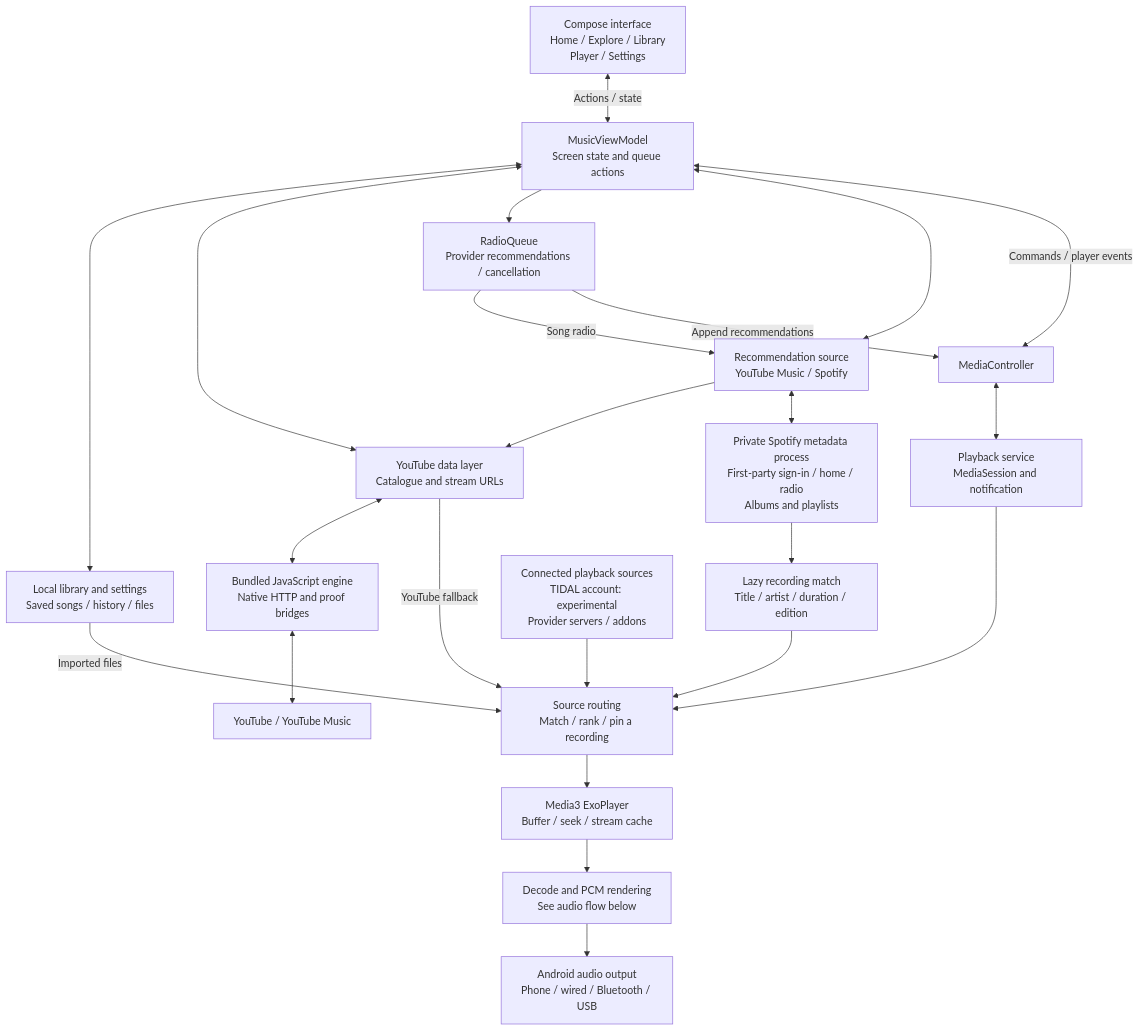
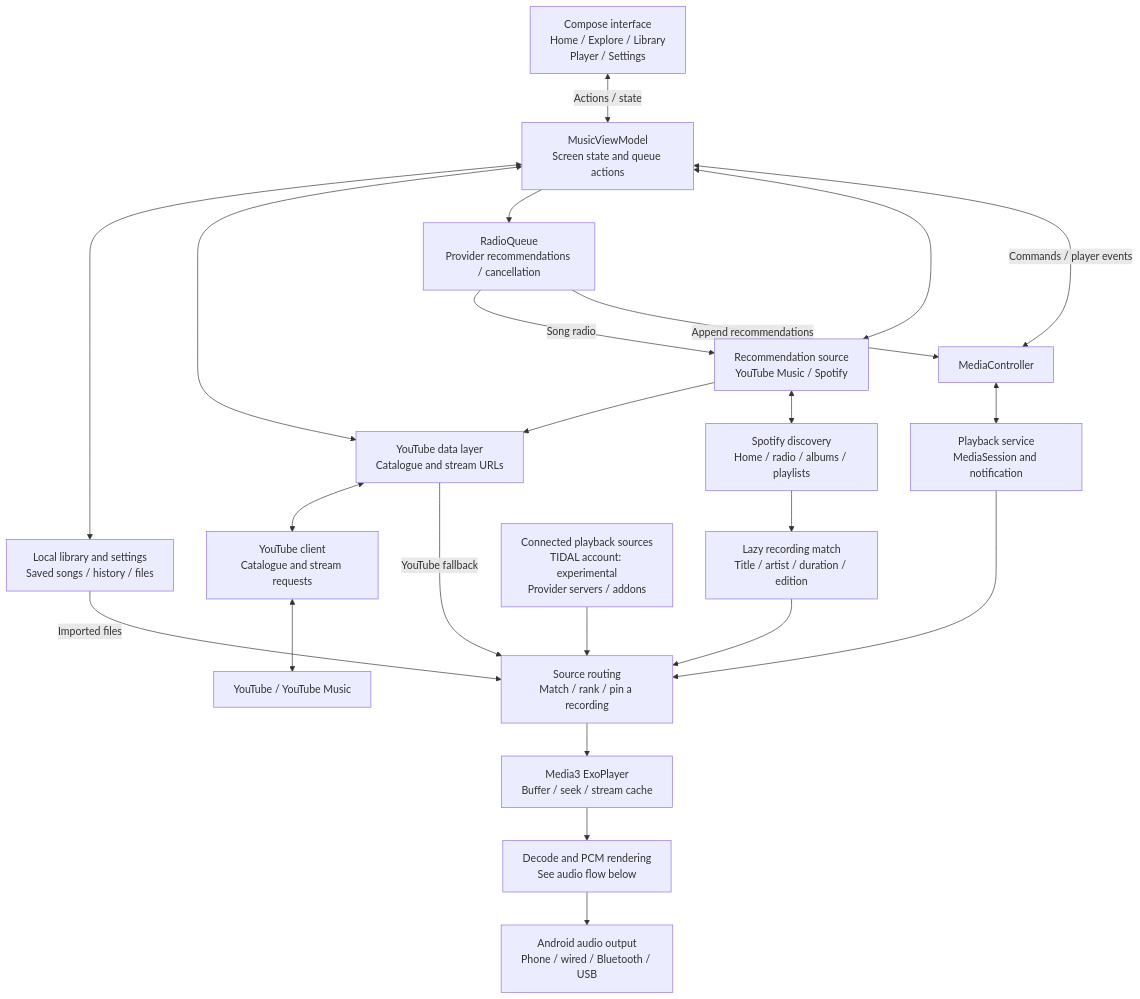
One commit to Pradyumna-RN/omni_play changed the first of 4 diagrams in README.md. Above: the diagram before and after it, drawn with Mermaid. The commit also changed other lines of this file, not shown here.

````diff
--- a/README.md
+++ b/README.md
@@ -14,27 +96,27 @@
 ```mermaid
 flowchart TB
     UI["Compose interface<br/>Home / Explore / Library<br/>Player / Settings"]
     VM["MusicViewModel<br/>Screen state and queue actions"]
     UI <-->|"Actions / state"| VM
     VM <--> STORE["Local library and settings<br/>Saved songs / history / files"]
     VM <--> YT["YouTube data layer<br/>Catalogue and stream URLs"]
     VM --> RADIO["RadioQueue<br/>Provider recommendations / cancellation"]
     VM <--> RECS["Recommendation source<br/>YouTube Music / Spotify"]
     RADIO -->|"Song radio"| RECS
     RECS --> YT
-    RECS <--> SPOTIFY["Private Spotify metadata process<br/>First-party sign-in / home / radio<br/>Albums and playlists"]
+    RECS <--> SPOTIFY["Spotify discovery<br/>Home / radio / albums / playlists"]
     SPOTIFY --> MATCH["Lazy recording match<br/>Title / artist / duration / edition"]
     MATCH --> SELECT
     RADIO -->|"Append recommendations"| CONTROL
-    YT <--> ENGINE["Bundled JavaScript engine<br/>Native HTTP and proof bridges"]
+    YT <--> ENGINE["YouTube client<br/>Catalogue and stream requests"]
     ENGINE <--> CLOUD["YouTube / YouTube Music"]
     VM <-->|"Commands / player events"| CONTROL["MediaController"]
     CONTROL <--> SERVICE["Playback service<br/>MediaSession and notification"]
     SERVICE --> SELECT["Source routing<br/>Match / rank / pin a recording"]
     STORE -->|"Imported files"| SELECT
     YT -->|"YouTube fallback"| SELECT
     SOURCES["Connected playback sources<br/>TIDAL account: experimental<br/>Provider servers / addons"] --> SELECT
     SELECT --> PLAYER["Media3 ExoPlayer<br/>Buffer / seek / stream cache"]
     PLAYER --> AUDIO["Decode and PCM rendering<br/>See audio flow below"]
     AUDIO --> OUTPUT["Android audio output<br/>Phone / wired / Bluetooth / USB"]
 ```
````
